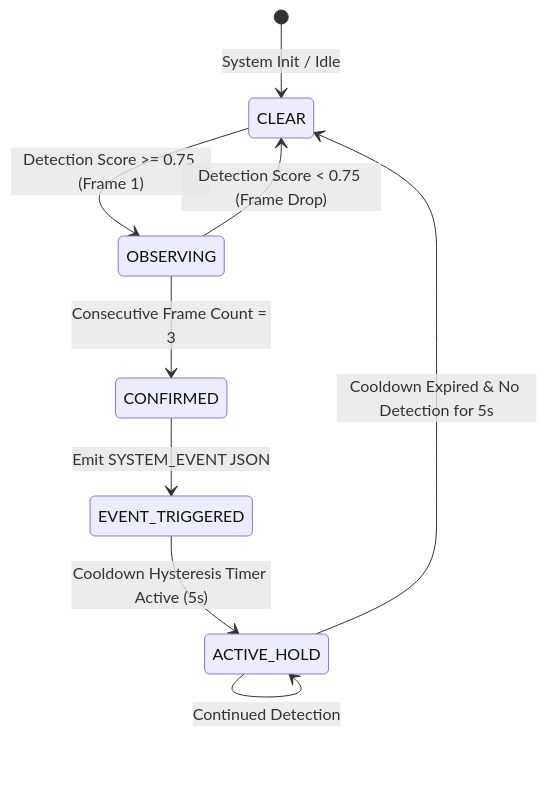
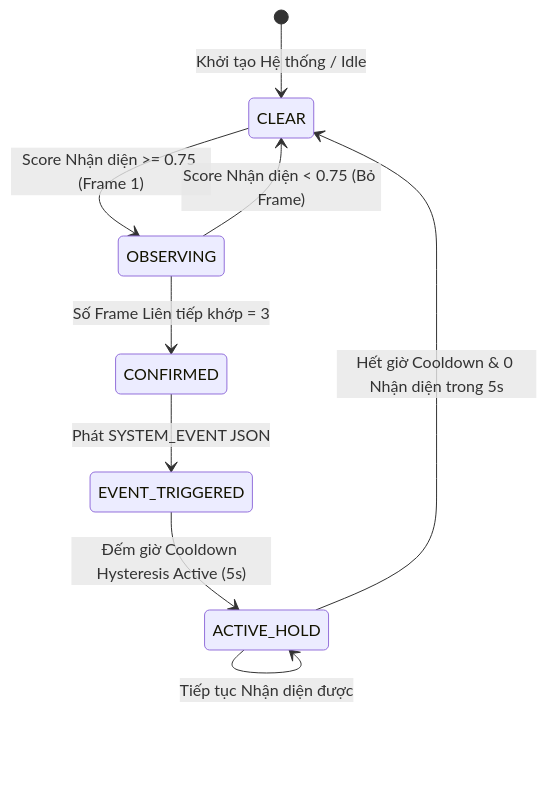
Before and after one commit to Eddy-hoang/SAM: the diagram in docs/07-event-generation.md, drawn with Mermaid. The commit also changed other lines of this file and 34 other files, not shown here.

````diff
--- a/docs/07-event-generation.md
+++ b/docs/07-event-generation.md
@@ -11,15 +11,15 @@
 ```mermaid
 stateDiagram-v2
-    [*] --> CLEAR: System Init / Idle
+    [*] --> CLEAR: Khởi tạo Hệ thống / Idle
 
-    CLEAR --> OBSERVING: Detection Score >= 0.75 (Frame 1)
-    OBSERVING --> CLEAR: Detection Score < 0.75 (Frame Drop)
+    CLEAR --> OBSERVING: Score Nhận diện >= 0.75 (Frame 1)
+    OBSERVING --> CLEAR: Score Nhận diện < 0.75 (Bỏ Frame)
     
-    OBSERVING --> CONFIRMED: Consecutive Frame Count = 3
-    CONFIRMED --> EVENT_TRIGGERED: Emit SYSTEM_EVENT JSON
+    OBSERVING --> CONFIRMED: Số Frame Liên tiếp khớp = 3
+    CONFIRMED --> EVENT_TRIGGERED: Phát SYSTEM_EVENT JSON
 
-    EVENT_TRIGGERED --> ACTIVE_HOLD: Cooldown Hysteresis Timer Active (5s)
+    EVENT_TRIGGERED --> ACTIVE_HOLD: Đếm giờ Cooldown Hysteresis Active (5s)
     
-    ACTIVE_HOLD --> ACTIVE_HOLD: Continued Detection
-    ACTIVE_HOLD --> CLEAR: Cooldown Expired & No Detection for 5s
+    ACTIVE_HOLD --> ACTIVE_HOLD: Tiếp tục Nhận diện được
+    ACTIVE_HOLD --> CLEAR: Hết giờ Cooldown & 0 Nhận diện trong 5s
 ```
````
